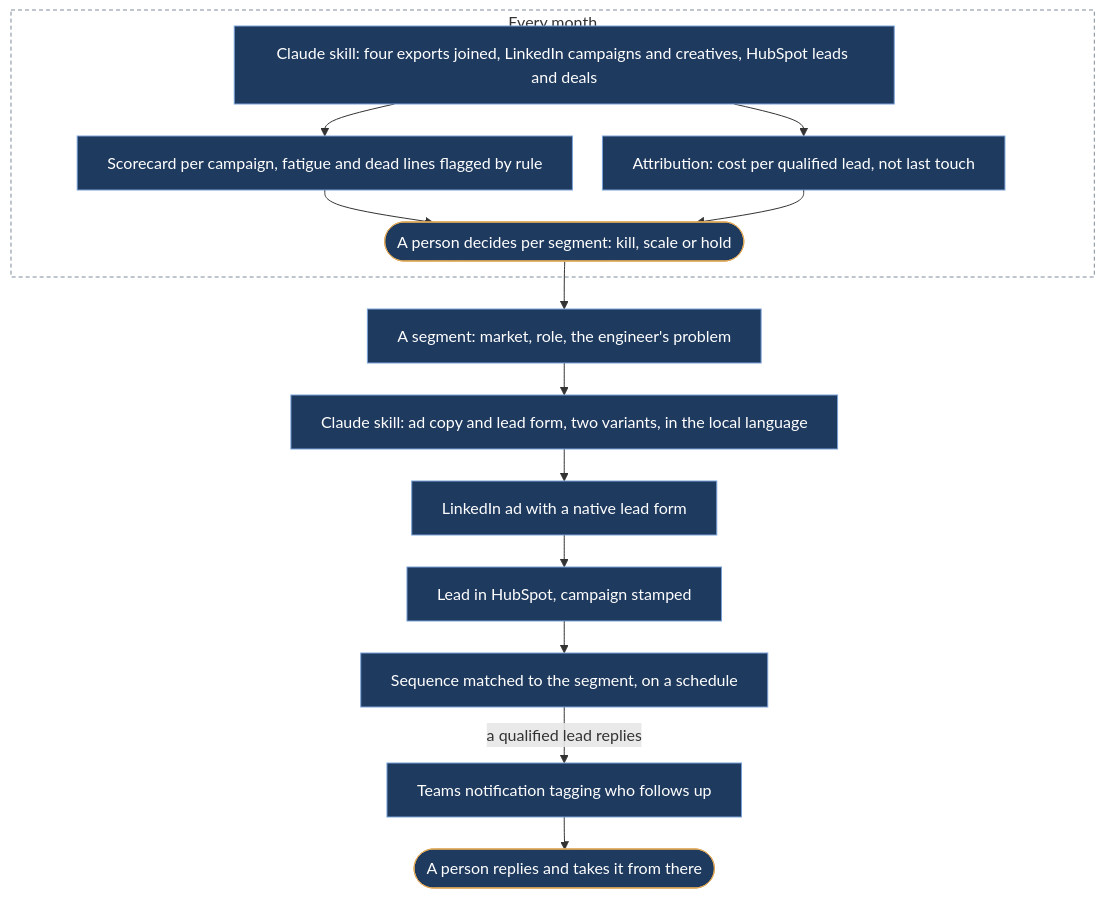
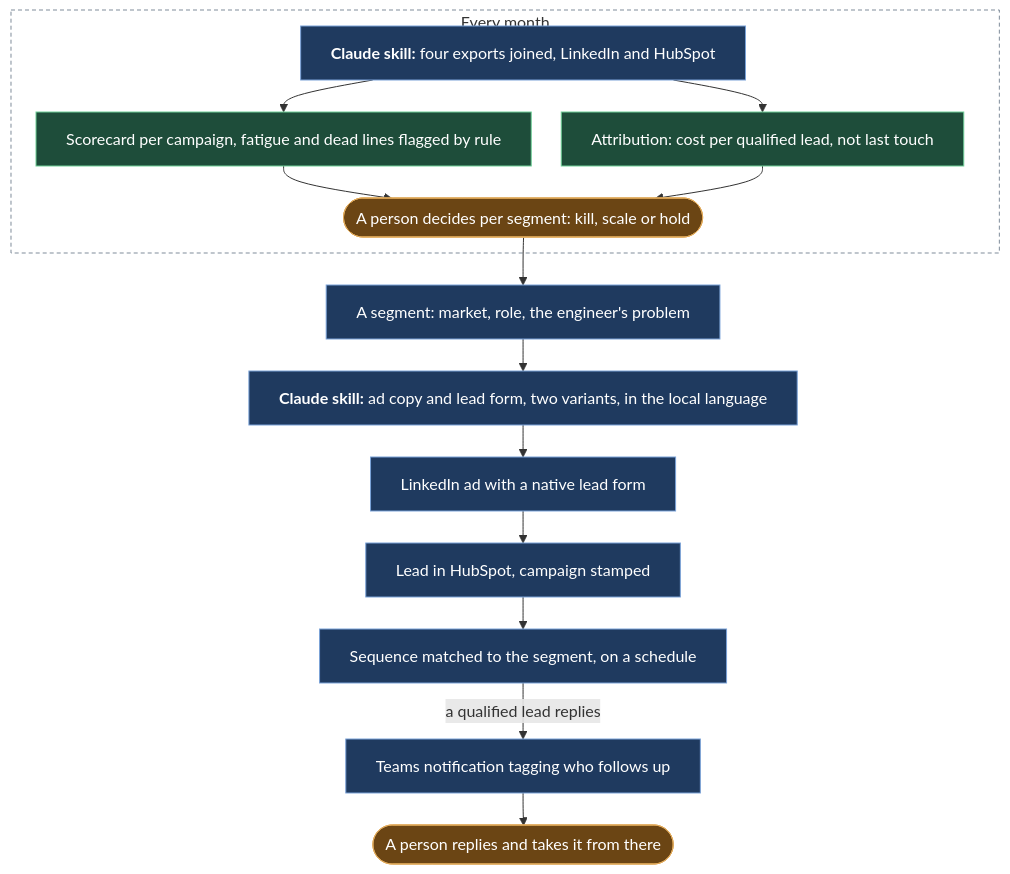
One commit to nunomnferreirapt/ai-operated-growth-engine changed the diagram in evidence/case-studies/02-paid-media-that-ends-in-a-human-follow-up.md. Above: the diagram before and after it, drawn with Mermaid.

Commit message:
Chapter 2 diagram: color code back, rounded amber boxes for a person, Claude skill in bold
Claude-Session: https://claude.ai/code/session_013vAMTruojjzTuNGSxvVixS

````diff
--- a/evidence/case-studies/02-paid-media-that-ends-in-a-human-follow-up.md
+++ b/evidence/case-studies/02-paid-media-that-ends-in-a-human-follow-up.md
@@ -11,20 +11,21 @@
 ```mermaid
 %%{init: {"flowchart": {"wrappingWidth": 600, "nodeSpacing": 30, "rankSpacing": 32}}}%%
 flowchart TB
     subgraph M["Every month"]
-        SC["Claude skill: four exports joined, LinkedIn campaigns and creatives, HubSpot leads and deals"]:::box --> FA["Scorecard per campaign, fatigue and dead lines flagged by rule"]:::box
-        SC --> AJ["Attribution: cost per qualified lead, not last touch"]:::box
-        FA --> B(["A person decides per segment: kill, scale or hold"]):::person
+        SC["`**Claude skill:** four exports joined, LinkedIn and HubSpot`"]:::sys --> FA["Scorecard per campaign, fatigue and dead lines flagged by rule"]:::out
+        SC --> AJ["Attribution: cost per qualified lead, not last touch"]:::out
+        FA --> B(["A person decides per segment: kill, scale or hold"]):::human
         AJ --> B
     end
-    B --> SEG["A segment: market, role, the engineer's problem"]:::box
-    SEG --> CR["Claude skill: ad copy and lead form, two variants, in the local language"]:::box
-    CR --> AD["LinkedIn ad with a native lead form"]:::box
-    AD --> HS["Lead in HubSpot, campaign stamped"]:::box
-    HS --> SQ["Sequence matched to the segment, on a schedule"]:::box
-    SQ -- "a qualified lead replies" --> TT["Teams notification tagging who follows up"]:::box
-    TT --> P(["A person replies and takes it from there"]):::person
-    classDef box fill:#1f3a5f,stroke:#7aa2d8,color:#ffffff
-    classDef person fill:#1f3a5f,stroke:#e0a95a,color:#ffffff
+    B --> SEG["A segment: market, role, the engineer's problem"]:::sys
+    SEG --> CR["`**Claude skill:** ad copy and lead form, two variants, in the local language`"]:::sys
+    CR --> AD["LinkedIn ad with a native lead form"]:::sys
+    AD --> HS["Lead in HubSpot, campaign stamped"]:::sys
+    HS --> SQ["Sequence matched to the segment, on a schedule"]:::sys
+    SQ -- "a qualified lead replies" --> TT["Teams notification tagging who follows up"]:::sys
+    TT --> P(["A person replies and takes it from there"]):::human
+    classDef sys fill:#1f3a5f,stroke:#7aa2d8,color:#ffffff
+    classDef human fill:#6b4514,stroke:#e0a95a,color:#ffffff
+    classDef out fill:#1e4d3a,stroke:#6fcf97,color:#ffffff
     style M fill:transparent,stroke:#7f8c9a,stroke-dasharray:4 3
 ```
````
